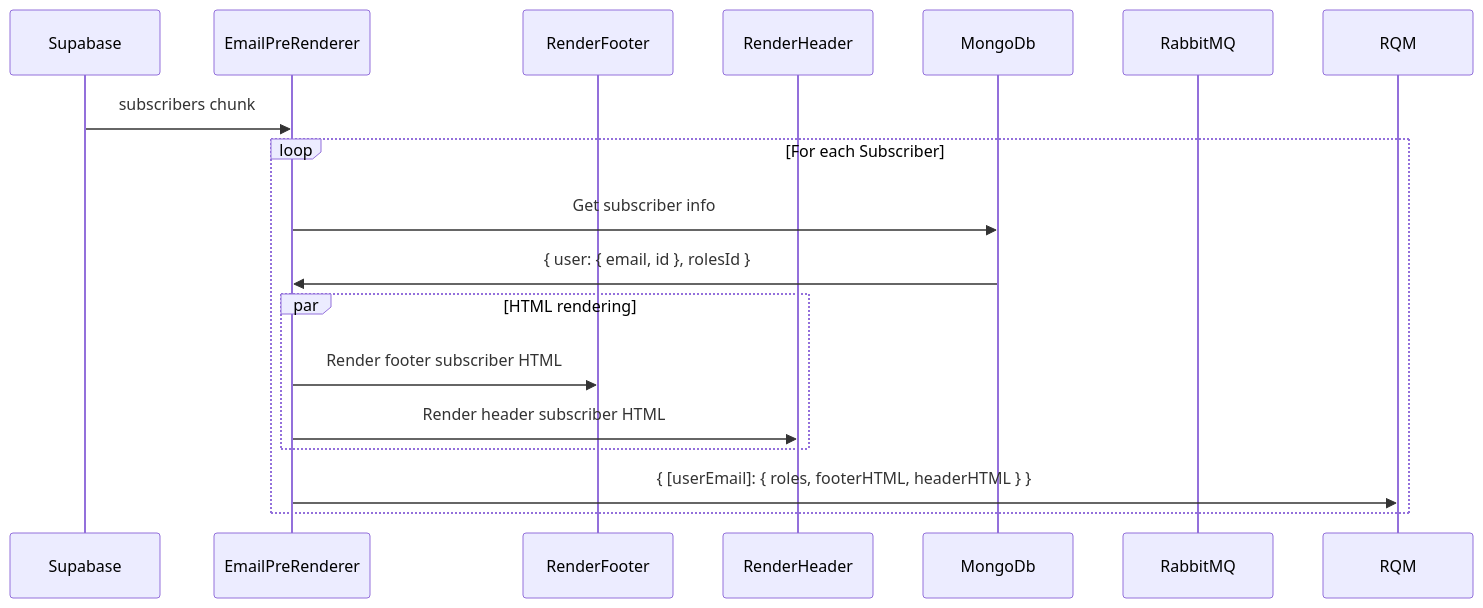
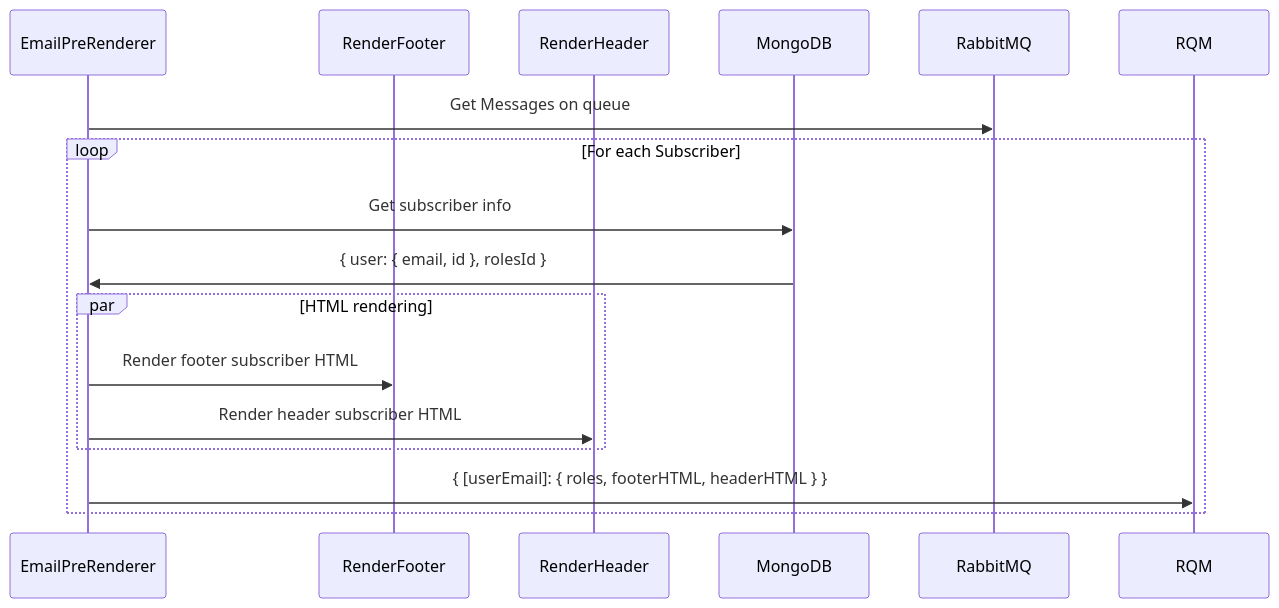
Before and after one commit to ocodista/trampar-de-casa: the diagram in apps/auto-email-sender/email-pre-renderer/README.md, drawn with Mermaid. The commit also changed other lines of this file and 4 other files, not shown here.

````diff
--- a/apps/auto-email-sender/email-pre-renderer/README.md
+++ b/apps/auto-email-sender/email-pre-renderer/README.md
@@ -50,21 +47,20 @@
 ```mermaid
 sequenceDiagram
-  participant S as Supabase
   participant E as EmailPreRenderer
   participant RF as RenderFooter
   participant RH as RenderHeader
-  participant R as MongoDb
+  participant R as MongoDB
   Participant RMQ as RabbitMQ
 
-  S ->> E: subscribers chunk
+  E ->> RMQ: Get Messages on queue
   loop For each Subscriber
     E ->> R: Get subscriber info
     R ->> E: { user: { email, id }, rolesId }
     par HTML rendering
       E ->> RF: Render footer subscriber HTML
       E ->> RH: Render header subscriber HTML
     end
     E ->> RQM: { [userEmail]: { roles, footerHTML, headerHTML } }
   end
 
 ```
````
